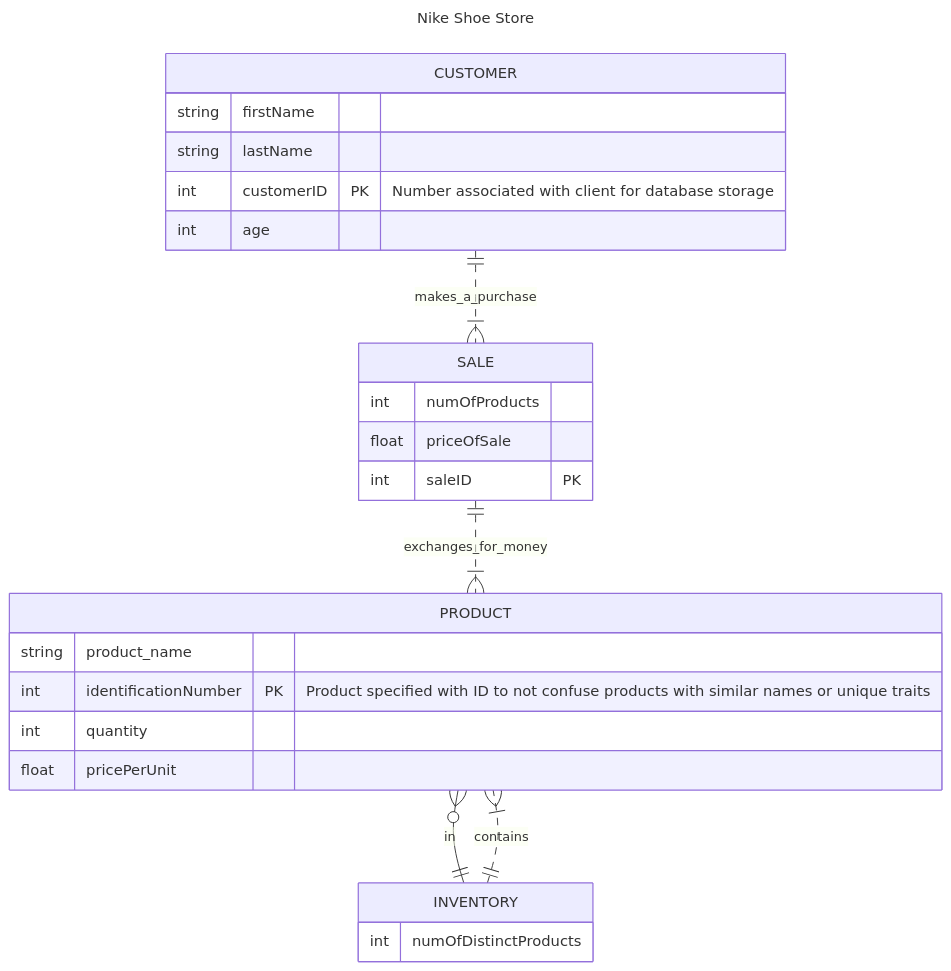
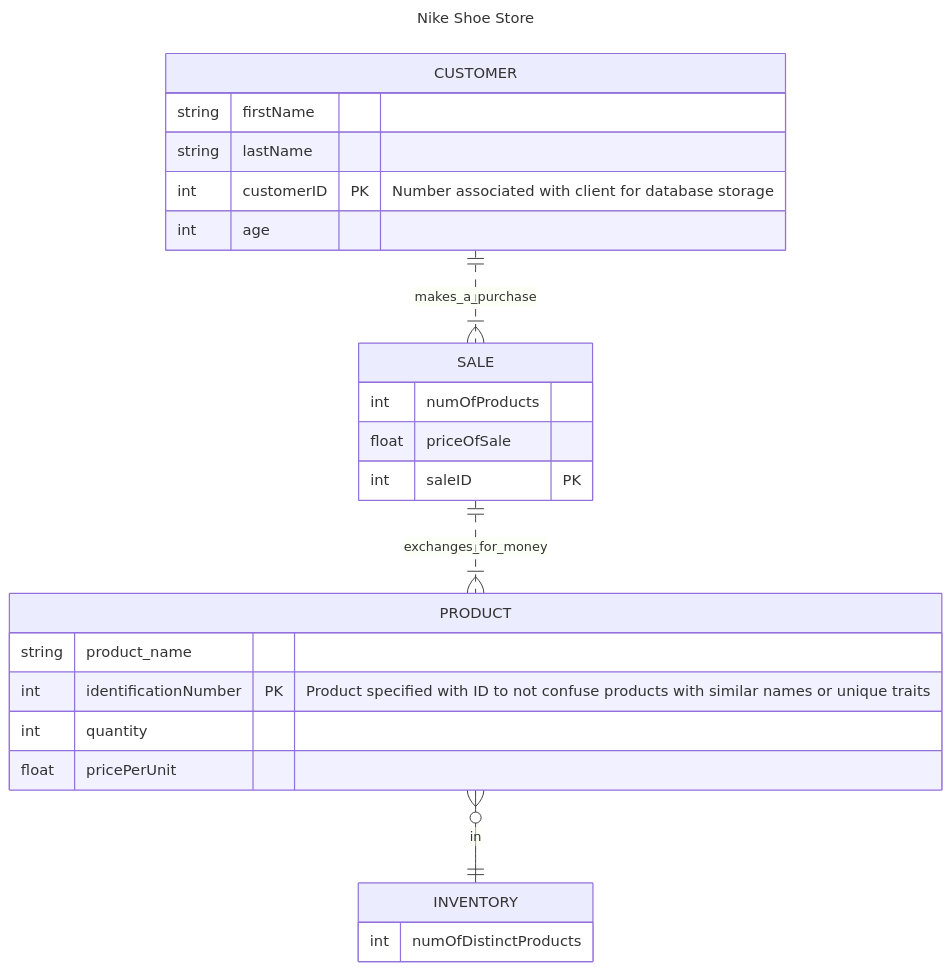
The diagram in NikeStore_ERD.md (sccaster/sccaster.github.io), drawn with Mermaid before and after one commit.

````diff
--- a/NikeStore_ERD.md
+++ b/NikeStore_ERD.md
@@ -1,35 +1,34 @@
 ```mermaid
 ---
 title: Nike Shoe Store
 ---
 erDiagram
 
   PRODUCT {
     string product_name
     int identificationNumber PK "Product specified with ID to not confuse products with similar names or unique traits"
     int quantity
     float pricePerUnit
   }
  
   CUSTOMER {
     string firstName
     string lastName
     int customerID PK "Number associated with client for database storage"
     int age
   }
   
   SALE {
     int numOfProducts
     float priceOfSale
     int saleID PK
   }
   
   INVENTORY {
     int numOfDistinctProducts
     
   }
   CUSTOMER ||..|{ SALE : makes_a_purchase
-  INVENTORY ||..|{ PRODUCT : contains
   PRODUCT }o--||INVENTORY : in
   SALE ||..|{ PRODUCT : exchanges_for_money
 ```
````
